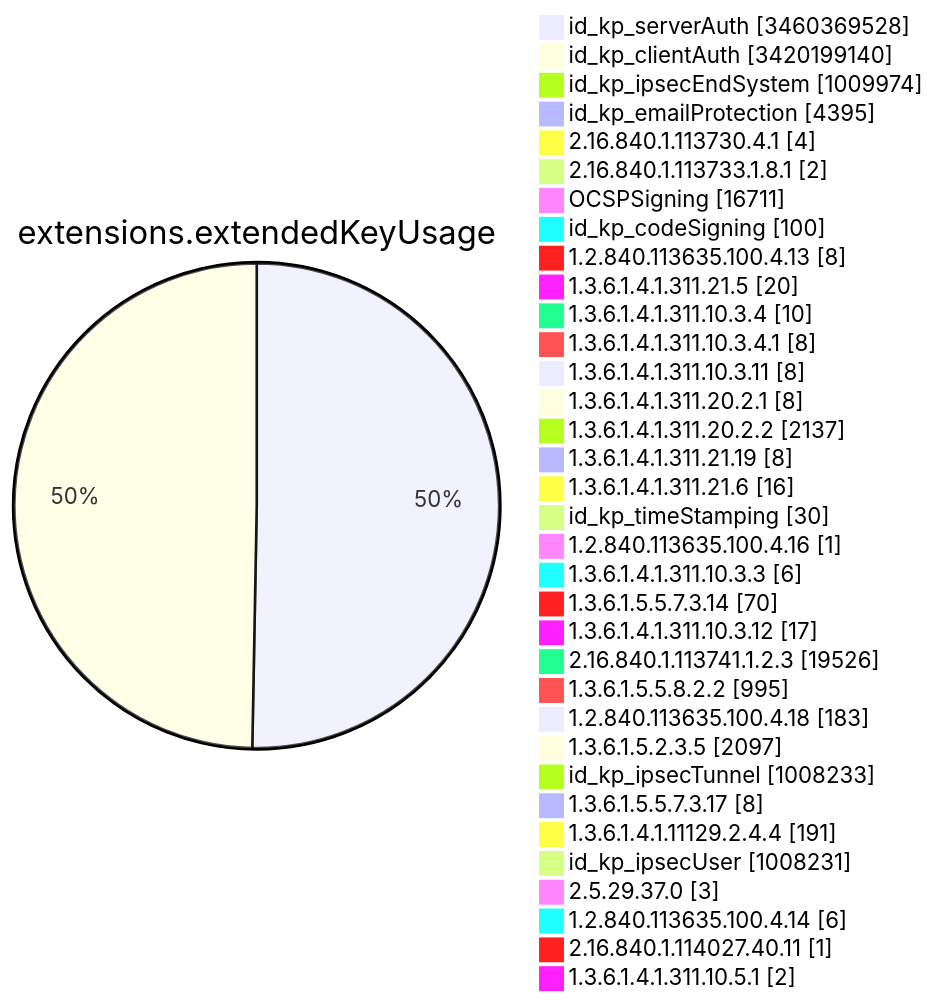
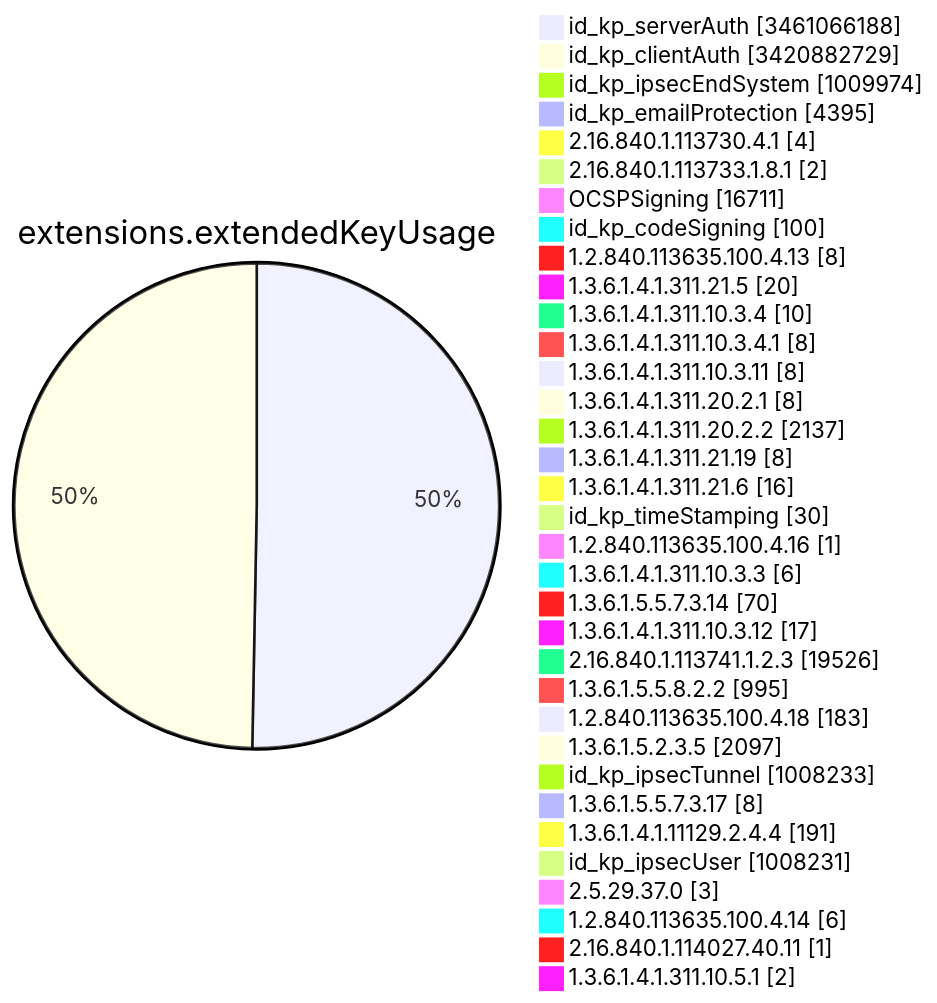
Before and after one commit to christiankrug/ctmonitor_visualization: diagram 11 of 15 in TOTAL/README.md, drawn with Mermaid. The commit also changed other lines of this file, not shown here.

````diff
--- a/TOTAL/README.md
+++ b/TOTAL/README.md
@@ -4123,38 +4123,38 @@
 ```mermaid
 pie showData
 title extensions.extendedKeyUsage
-"id_kp_serverAuth" :3460369528
-"id_kp_clientAuth" :3420199140
+"id_kp_serverAuth" :3461066188
+"id_kp_clientAuth" :3420882729
 "id_kp_ipsecEndSystem" :1009974
 "id_kp_emailProtection" :4395
 "2.16.840.1.113730.4.1" :4
 "2.16.840.1.113733.1.8.1" :2
 "OCSPSigning" :16711
 "id_kp_codeSigning" :100
 "1.2.840.113635.100.4.13" :8
 "1.3.6.1.4.1.311.21.5" :20
 "1.3.6.1.4.1.311.10.3.4" :10
 "1.3.6.1.4.1.311.10.3.4.1" :8
 "1.3.6.1.4.1.311.10.3.11" :8
 "1.3.6.1.4.1.311.20.2.1" :8
 "1.3.6.1.4.1.311.20.2.2" :2137
 "1.3.6.1.4.1.311.21.19" :8
 "1.3.6.1.4.1.311.21.6" :16
 "id_kp_timeStamping" :30
 "1.2.840.113635.100.4.16" :1
 "1.3.6.1.4.1.311.10.3.3" :6
 "1.3.6.1.5.5.7.3.14" :70
 "1.3.6.1.4.1.311.10.3.12" :17
 "2.16.840.1.113741.1.2.3" :19526
 "1.3.6.1.5.5.8.2.2" :995
 "1.2.840.113635.100.4.18" :183
 "1.3.6.1.5.2.3.5" :2097
 "id_kp_ipsecTunnel" :1008233
 "1.3.6.1.5.5.7.3.17" :8
 "1.3.6.1.4.1.11129.2.4.4" :191
 "id_kp_ipsecUser" :1008231
 "2.5.29.37.0" :3
 "1.2.840.113635.100.4.14" :6
 "2.16.840.1.114027.40.11" :1
 "1.3.6.1.4.1.311.10.5.1" :2
 ```
````
